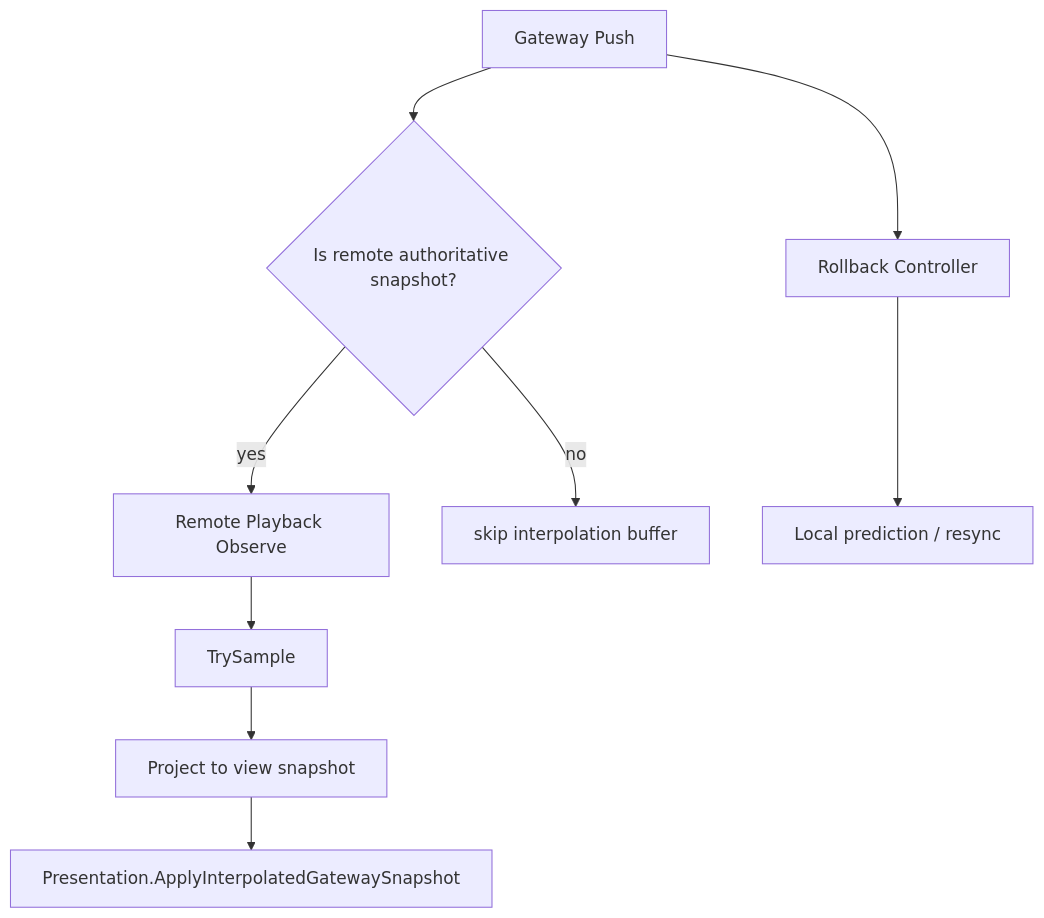
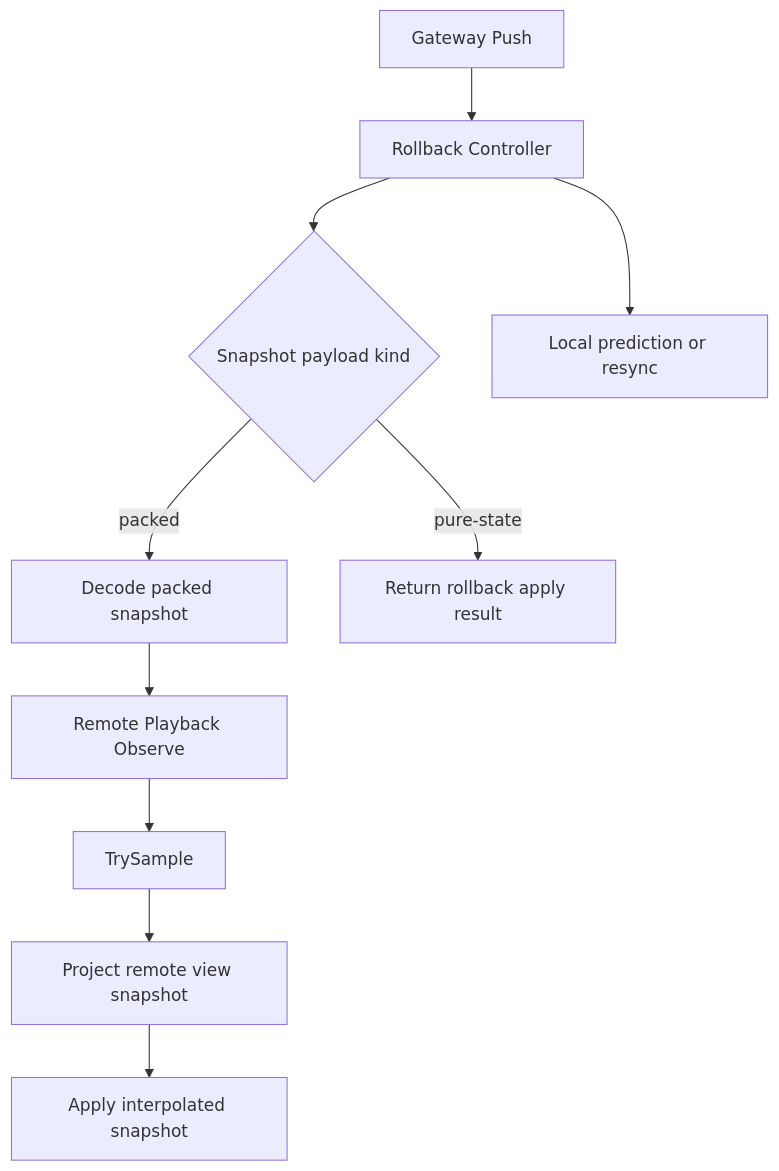
One commit to HOBOBO/AbilityKit changed the third of 3 diagrams in Docs/design/09-ImplementationExamples/Shooter/11-InterpolationAndPredictionDeepDive.md. Above: the diagram before and after it, drawn with Mermaid. The commit also changed other lines of this file and 328 other files, not shown here.

````diff
--- a/Docs/design/09-ImplementationExamples/Shooter/11-InterpolationAndPredictionDeepDive.md
+++ b/Docs/design/09-ImplementationExamples/Shooter/11-InterpolationAndPredictionDeepDive.md
@@ -136,11 +140,12 @@
 ```mermaid
 flowchart TD
     A[Gateway Push] --> B[Rollback Controller]
-    A --> C{Is remote authoritative snapshot?}
-    C -->|yes| D[Remote Playback Observe]
-    C -->|no| E[skip interpolation buffer]
-    B --> F[Local prediction / resync]
-    D --> G[TrySample]
-    G --> H[Project to view snapshot]
-    H --> I[Presentation.ApplyInterpolatedGatewaySnapshot]
+    B --> C{Snapshot payload kind}
+    C -->|packed| D[Decode packed snapshot]
+    D --> E[Remote Playback Observe]
+    C -->|pure-state| F[Return rollback apply result]
+    B --> G[Local prediction or resync]
+    E --> H[TrySample]
+    H --> I[Project remote view snapshot]
+    I --> J[Apply interpolated snapshot]
 ```
````
